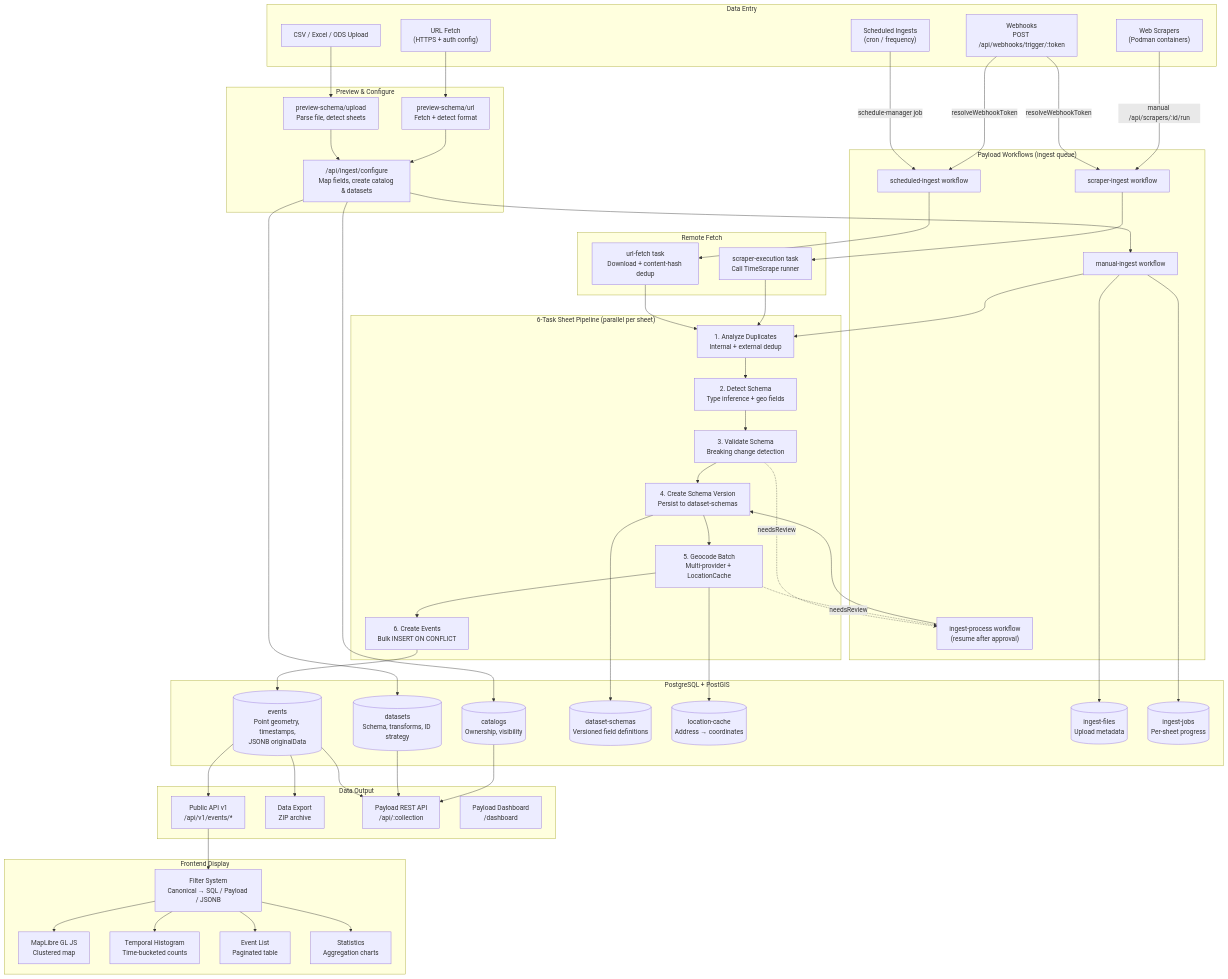
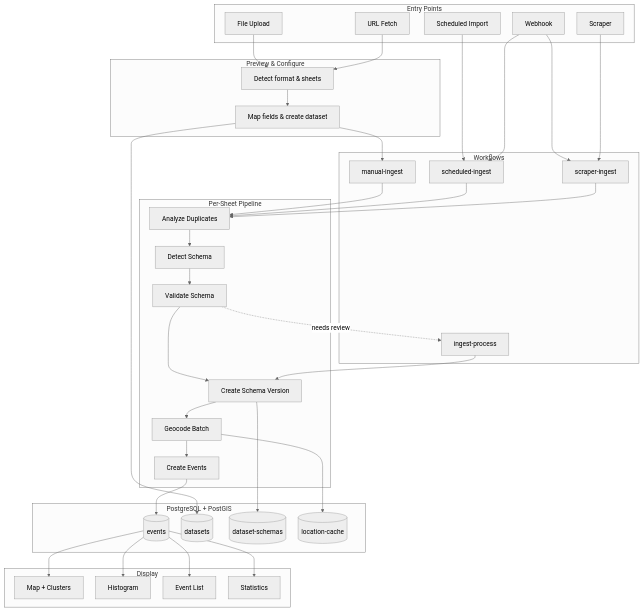
Before and after one commit to jfilter/timetiles: the first of 6 diagrams in apps/docs/content/development/architecture/data-flow.mdx, drawn with Mermaid. The commit also changed other lines of this file and 12 other files, not shown here.

````diff
--- a/apps/docs/content/development/architecture/data-flow.mdx
+++ b/apps/docs/content/development/architecture/data-flow.mdx
@@ -9,102 +9,63 @@
 ```mermaid
+%%{init: {'theme': 'neutral', 'flowchart': {'nodeSpacing': 30, 'rankSpacing': 40}}}%%
 flowchart TB
-    subgraph INPUT["Data Entry"]
-        CSV["CSV / Excel / ODS Upload"]
-        URL["URL Fetch<br/>(HTTPS + auth config)"]
-        SCHED["Scheduled Ingests<br/>(cron / frequency)"]
-        HOOK["Webhooks<br/>POST /api/webhooks/trigger/:token"]
-        SCRAPER["Web Scrapers<br/>(Podman containers)"]
+    subgraph INPUT["Entry Points"]
+        CSV["File Upload"]
+        URL["URL Fetch"]
+        SCHED["Scheduled Import"]
+        HOOK["Webhook"]
+        SCRAPER["Scraper"]
     end
 
     subgraph PREVIEW["Preview & Configure"]
-        UPLOAD_PREVIEW["preview-schema/upload<br/>Parse file, detect sheets"]
-        URL_PREVIEW["preview-schema/url<br/>Fetch + detect format"]
-        CONFIGURE["/api/ingest/configure<br/>Map fields, create catalog & datasets"]
+        DETECT["Detect format & sheets"]
+        CONFIGURE["Map fields & create dataset"]
     end
 
-    subgraph WORKFLOWS["Payload Workflows (ingest queue)"]
-        WF_MANUAL["manual-ingest workflow"]
-        WF_SCHED["scheduled-ingest workflow"]
-        WF_SCRAPER["scraper-ingest workflow"]
-        WF_REVIEW["ingest-process workflow<br/>(resume after approval)"]
+    subgraph WORKFLOWS["Workflows"]
+        WF_MANUAL["manual-ingest"]
+        WF_SCHED["scheduled-ingest"]
+        WF_SCRAPER["scraper-ingest"]
+        WF_REVIEW["ingest-process"]
     end
 
-    subgraph FETCH["Remote Fetch"]
-        URL_FETCH["url-fetch task<br/>Download + content-hash dedup"]
-        SCRAPER_EXEC["scraper-execution task<br/>Call TimeScrape runner"]
-    end
-
-    subgraph PIPELINE["6-Task Sheet Pipeline (parallel per sheet)"]
-        T1["1. Analyze Duplicates<br/>Internal + external dedup"]
-        T2["2. Detect Schema<br/>Type inference + geo fields"]
-        T3["3. Validate Schema<br/>Breaking change detection"]
-        T4["4. Create Schema Version<br/>Persist to dataset-schemas"]
-        T5["5. Geocode Batch<br/>Multi-provider + LocationCache"]
-        T6["6. Create Events<br/>Bulk INSERT ON CONFLICT"]
+    subgraph PIPELINE["Per-Sheet Pipeline"]
+        T1["Analyze Duplicates"]
+        T2["Detect Schema"]
+        T3["Validate Schema"]
+        T4["Create Schema Version"]
+        T5["Geocode Batch"]
+        T6["Create Events"]
     end
 
     subgraph STORAGE["PostgreSQL + PostGIS"]
-        EVENTS[("events<br/>Point geometry, timestamps,<br/>JSONB originalData")]
-        DATASETS[("datasets<br/>Schema, transforms, ID strategy")]
-        CATALOGS[("catalogs<br/>Ownership, visibility")]
-        SCHEMAS[("dataset-schemas<br/>Versioned field definitions")]
-        LOC_CACHE[("location-cache<br/>Address → coordinates")]
-        INGEST_FILES[("ingest-files<br/>Upload metadata")]
-        INGEST_JOBS[("ingest-jobs<br/>Per-sheet progress")]
+        EVENTS[("events")]
+        DATASETS[("datasets")]
+        SCHEMAS[("dataset-schemas")]
+        LOC_CACHE[("location-cache")]
     end
 
-    subgraph OUTPUT["Data Output"]
-        API_V1["Public API v1<br/>/api/v1/events/*"]
-        EXPORT["Data Export<br/>ZIP archive"]
-        PAYLOAD_API["Payload REST API<br/>/api/:collection"]
-        DASHBOARD["Payload Dashboard<br/>/dashboard"]
+    subgraph OUTPUT["Display"]
+        MAP["Map + Clusters"]
+        TIMELINE["Histogram"]
+        LIST["Event List"]
+        STATS["Statistics"]
     end
 
-    subgraph DISPLAY["Frontend Display"]
-        FILTERS["Filter System<br/>Canonical → SQL / Payload / JSONB"]
-        MAP["MapLibre GL JS<br/>Clustered map"]
-        TIMELINE["Temporal Histogram<br/>Time-bucketed counts"]
-        LIST["Event List<br/>Paginated table"]
-        STATS["Statistics<br/>Aggregation charts"]
-    end
+    CSV & URL --> DETECT --> CONFIGURE
+    CONFIGURE --> WF_MANUAL
+    SCHED --> WF_SCHED
+    HOOK --> WF_SCHED & WF_SCRAPER
+    SCRAPER --> WF_SCRAPER
 
-    CSV --> UPLOAD_PREVIEW
-    URL --> URL_PREVIEW
-    UPLOAD_PREVIEW --> CONFIGURE
-    URL_PREVIEW --> CONFIGURE
-
-    CONFIGURE --> WF_MANUAL
-    SCHED -->|"schedule-manager job"| WF_SCHED
-    HOOK -->|"resolveWebhookToken"| WF_SCHED
-    HOOK -->|"resolveWebhookToken"| WF_SCRAPER
-    SCRAPER -->|"manual /api/scrapers/:id/run"| WF_SCRAPER
-
-    WF_MANUAL --> T1
-    WF_SCHED --> URL_FETCH --> T1
-    WF_SCRAPER --> SCRAPER_EXEC --> T1
-
+    WF_MANUAL & WF_SCHED & WF_SCRAPER --> T1
     T1 --> T2 --> T3 --> T4 --> T5 --> T6
-    T3 -.->|"needsReview"| WF_REVIEW
-    T5 -.->|"needsReview"| WF_REVIEW
-    WF_REVIEW --> T4
+    T3 -.->|"needs review"| WF_REVIEW --> T4
 
     T4 --> SCHEMAS
     T5 --> LOC_CACHE
     T6 --> EVENTS
     CONFIGURE --> DATASETS
-    CONFIGURE --> CATALOGS
-    WF_MANUAL --> INGEST_FILES
-    WF_MANUAL --> INGEST_JOBS
 
-    EVENTS --> API_V1
-    EVENTS --> EXPORT
-    EVENTS --> PAYLOAD_API
-    DATASETS --> PAYLOAD_API
-    CATALOGS --> PAYLOAD_API
-
-    API_V1 --> FILTERS
-    FILTERS --> MAP
-    FILTERS --> TIMELINE
-    FILTERS --> LIST
-    FILTERS --> STATS
+    EVENTS --> MAP & TIMELINE & LIST & STATS
 ```
````
